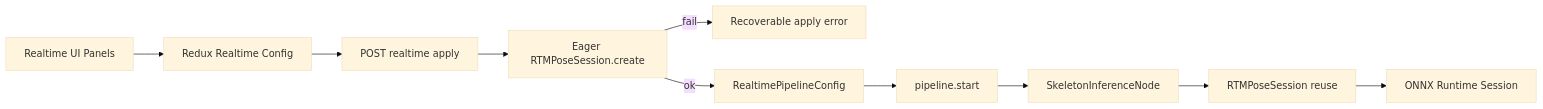
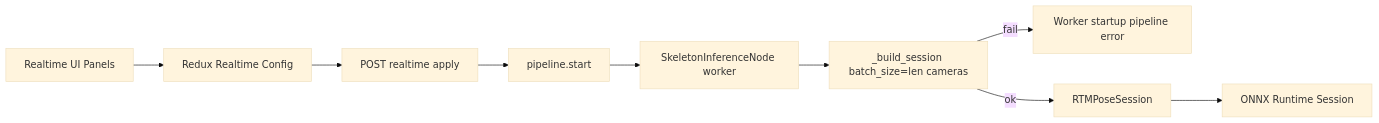
Before and after one commit to domisjustanumber/skellytracker: the first of 2 diagrams in plans/50_yolo26_nano_detection.plan.md, drawn with Mermaid (base theme). The commit also changed other lines of this file and 12 other files, not shown here.

First line of the commit message:
Implement exact-batch session sizing (plan 30).

````diff
--- a/plans/50_yolo26_nano_detection.plan.md
+++ b/plans/50_yolo26_nano_detection.plan.md
@@ -62,12 +62,11 @@
 ```mermaid
 flowchart LR
   uiPanel[Realtime UI Panels] --> reduxConfig[Redux Realtime Config]
   reduxConfig --> applyApi[POST realtime apply]
-  applyApi --> eagerSession[Eager RTMPoseSession.create]
-  eagerSession -->|fail| applyError[Recoverable apply error]
-  eagerSession -->|ok| pipelineConfig[RealtimePipelineConfig]
-  pipelineConfig --> pipelineStart[pipeline.start]
-  pipelineStart --> skeletonNode[SkeletonInferenceNode]
-  skeletonNode --> skellySession[RTMPoseSession reuse]
+  applyApi --> pipelineStart[pipeline.start]
+  pipelineStart --> skeletonNode[SkeletonInferenceNode worker]
+  skeletonNode --> buildSession["_build_session batch_size=len cameras"]
+  buildSession -->|fail| workerError[Worker startup pipeline error]
+  buildSession -->|ok| skellySession[RTMPoseSession]
   skellySession --> ortSession[ONNX Runtime Session]
 ```
````
